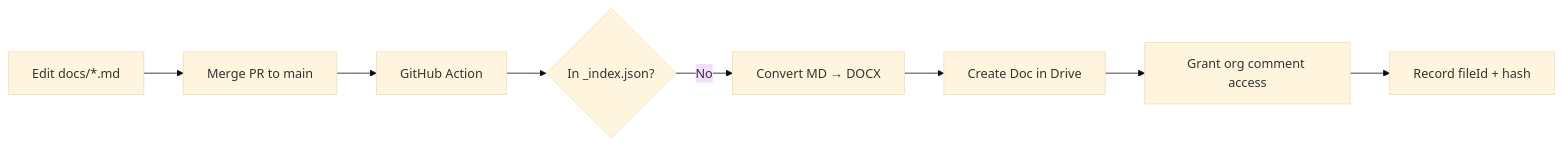
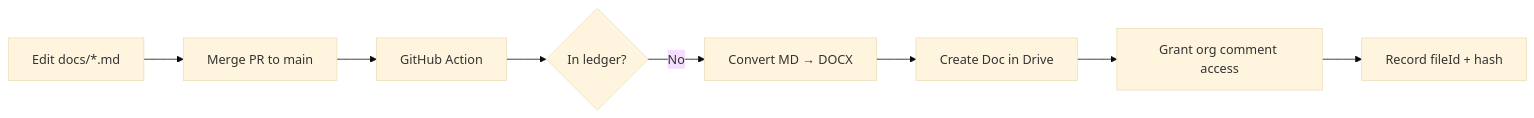
Before and after one commit to bhaveshdarpan/possum: the first of 2 diagrams in slides.md, drawn with Mermaid (base theme). The commit also changed 14 other files, not shown here.

Commit message:
updating the index file name to ledger

````diff
--- a/slides.md
+++ b/slides.md
@@ -34,10 +34,10 @@
 ```mermaid {scale: 0.45}
 flowchart LR
   A[Edit docs/*.md] --> B[Merge PR to main]
   B --> C[GitHub Action]
-  C --> D{In _index.json?}
+  C --> D{In ledger?}
   D -->|No| E[Convert MD → DOCX]
   E --> F[Create Doc in Drive]
   F --> G[Grant org comment access]
   G --> H[Record fileId + hash]
 ```
````
